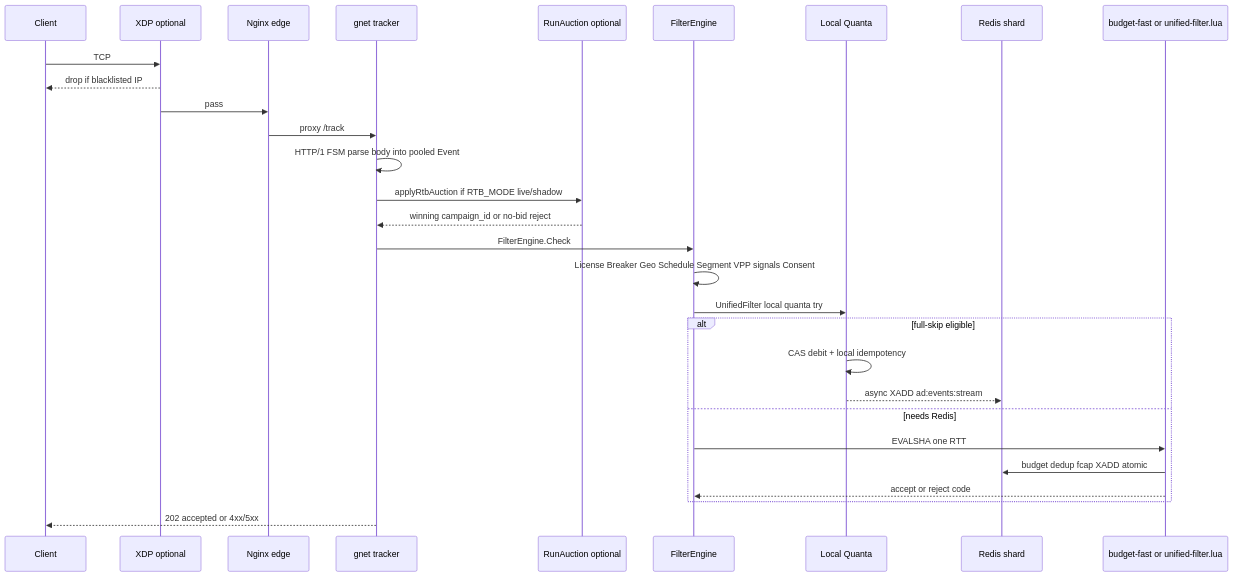
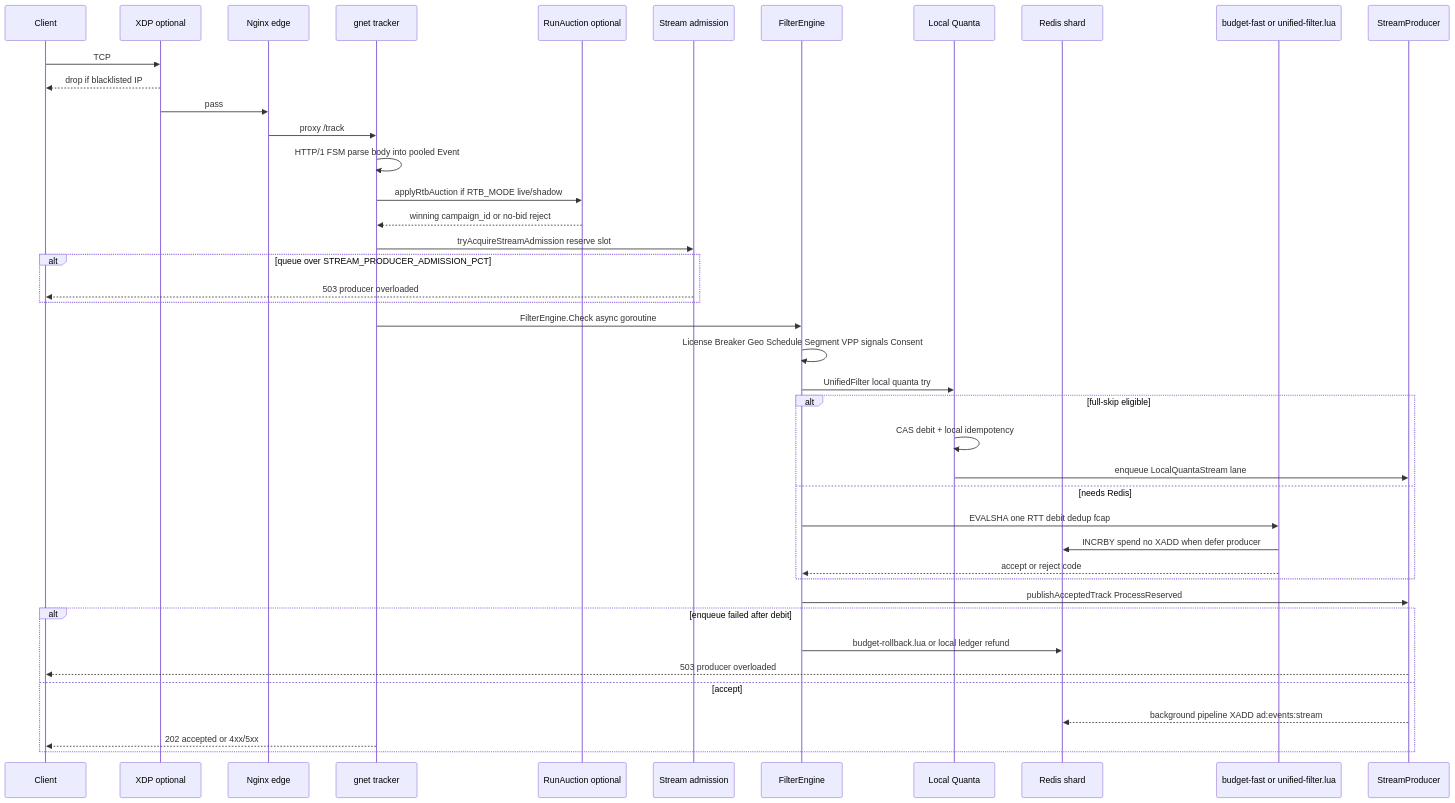
Before and after one commit to mykhailov-ua/ad-event-processor: the second of 5 diagrams in docs/ARCHITECTURE.md, drawn with Mermaid. The commit also changed other lines of this file and 209 other files, not shown here.

````diff
--- a/docs/ARCHITECTURE.md
+++ b/docs/ARCHITECTURE.md
@@ -131,32 +134,45 @@
 ```mermaid
 sequenceDiagram
     participant Client
     participant XDP as XDP optional
     participant NGX as Nginx edge
     participant GNET as gnet tracker
     participant RTB as RunAuction optional
+    participant ADM as Stream admission
     participant FE as FilterEngine
     participant LQ as Local Quanta
     participant Redis as Redis shard
     participant Lua as budget-fast or unified-filter.lua
+    participant SP as StreamProducer
 
     Client->>XDP: TCP
     XDP-->>Client: drop if blacklisted IP
     XDP->>NGX: pass
     NGX->>GNET: proxy /track
     GNET->>GNET: HTTP/1 FSM parse body into pooled Event
     GNET->>RTB: applyRtbAuction if RTB_MODE live/shadow
     RTB-->>GNET: winning campaign_id or no-bid reject
-    GNET->>FE: FilterEngine.Check
+    GNET->>ADM: tryAcquireStreamAdmission reserve slot
+    alt queue over STREAM_PRODUCER_ADMISSION_PCT
+        ADM-->>Client: 503 producer overloaded
+    end
+    GNET->>FE: FilterEngine.Check async goroutine
     FE->>FE: License Breaker Geo Schedule Segment VPP signals Consent
     FE->>LQ: UnifiedFilter local quanta try
     alt full-skip eligible
         LQ->>LQ: CAS debit + local idempotency
-        LQ-->>Redis: async XADD ad:events:stream
+        LQ->>SP: enqueue LocalQuantaStream lane
     else needs Redis
-        FE->>Lua: EVALSHA one RTT
-        Lua->>Redis: budget dedup fcap XADD atomic
+        FE->>Lua: EVALSHA one RTT debit dedup fcap
+        Lua->>Redis: INCRBY spend no XADD when defer producer
         Lua-->>FE: accept or reject code
     end
-    GNET-->>Client: 202 accepted or 4xx/5xx
+    FE->>SP: publishAcceptedTrack ProcessReserved
+    alt enqueue failed after debit
+        FE->>Redis: budget-rollback.lua or local ledger refund
+        SP-->>Client: 503 producer overloaded
+    else accept
+        SP-->>Redis: background pipeline XADD ad:events:stream
+        GNET-->>Client: 202 accepted or 4xx/5xx
+    end
 ```
````
